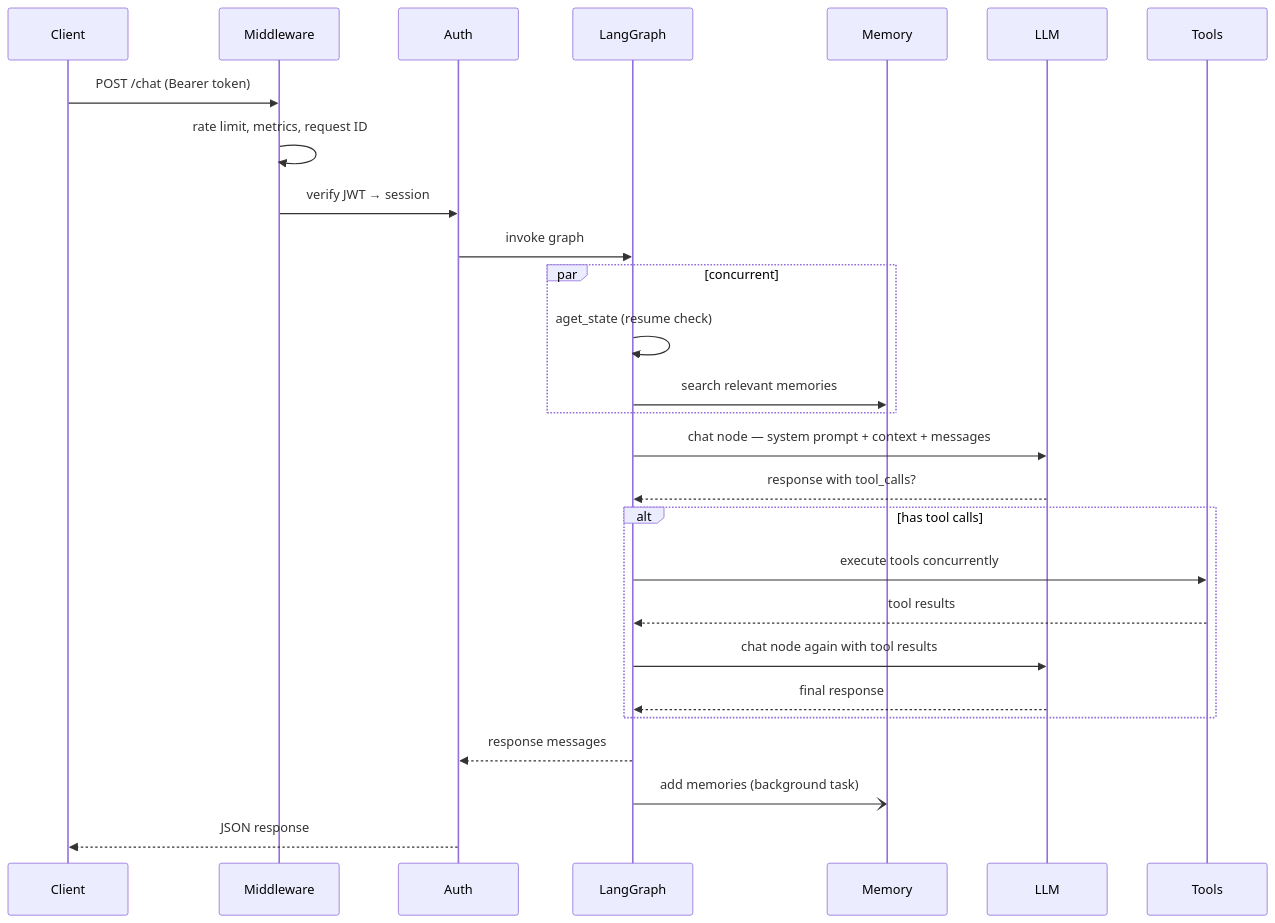
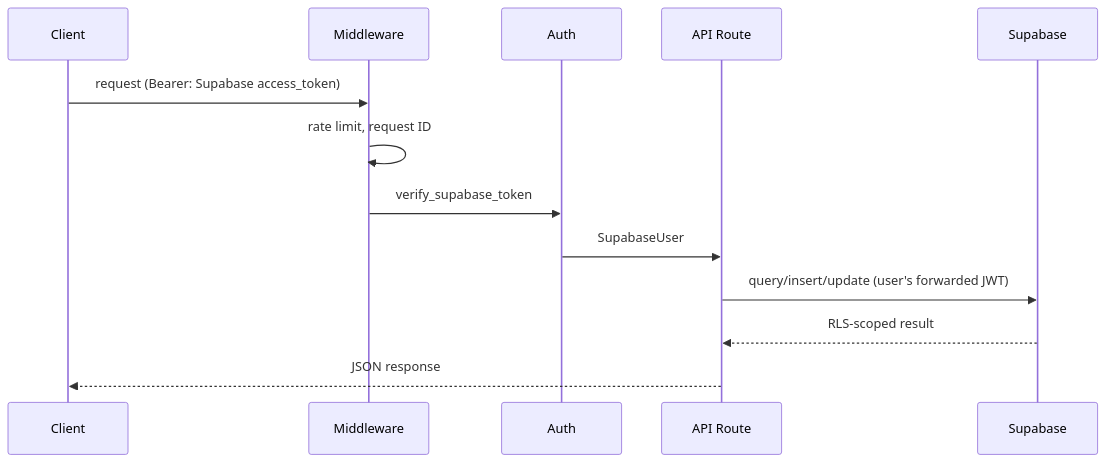
Before and after one commit to sebytremblay/mirenta-backend: the second of 3 diagrams in docs/architecture.md, drawn with Mermaid. The commit also changed other lines of this file and 124 other files, not shown here.

First line of the commit message:
Migrate to Supabase for auth and data, add core CRM API modules

````diff
--- a/docs/architecture.md
+++ b/docs/architecture.md
@@ -51,34 +31,16 @@
 ```mermaid
 sequenceDiagram
     participant C as Client
     participant MW as Middleware
     participant A as Auth
-    participant G as LangGraph
-    participant Mem as Memory
-    participant L as LLM
-    participant T as Tools
+    participant API as API Route
+    participant S as Supabase
 
-    C->>MW: POST /chat (Bearer token)
-    MW->>MW: rate limit, metrics, request ID
-    MW->>A: verify JWT → session
-    A->>G: invoke graph
-
-    par concurrent
-        G->>G: aget_state (resume check)
-        G->>Mem: search relevant memories
-    end
-
-    G->>L: chat node — system prompt + context + messages
-    L-->>G: response with tool_calls?
-
-    alt has tool calls
-        G->>T: execute tools concurrently
-        T-->>G: tool results
-        G->>L: chat node again with tool results
-        L-->>G: final response
-    end
-
-    G-->>A: response messages
-    G-)Mem: add memories (background task)
-    A-->>C: JSON response
+    C->>MW: request (Bearer: Supabase access_token)
+    MW->>MW: rate limit, request ID
+    MW->>A: verify_supabase_token
+    A->>API: SupabaseUser
+    API->>S: query/insert/update (user's forwarded JWT)
+    S-->>API: RLS-scoped result
+    API-->>C: JSON response
 ```
````
